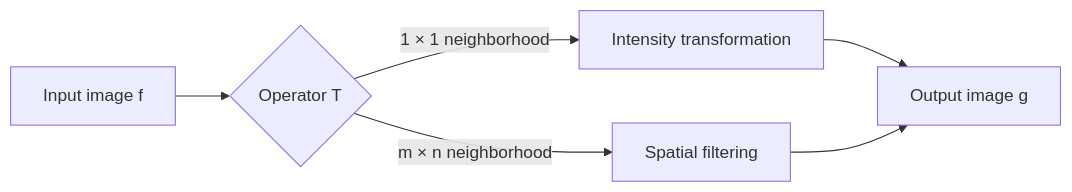
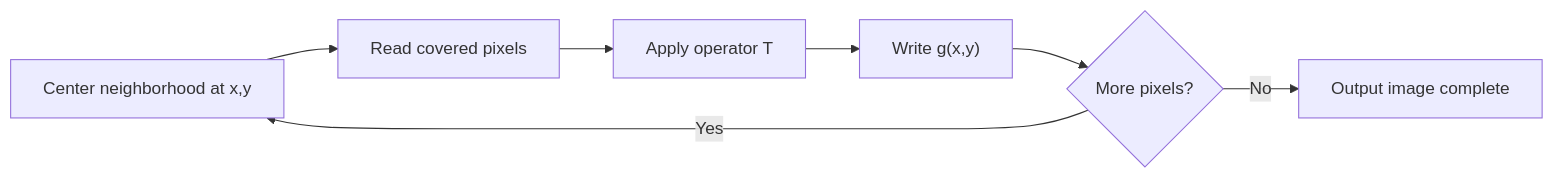
Before and after one commit to NeoTech-vietnam/NeoLearning: the diagram in 05_Advanced-Topics/03_Digital_Image_Processing/01_learning/03_intensity_transformations_and_spatial_filtering/01_background.md, drawn with Mermaid. The commit also changed other lines of this file and 11 other files, not shown here.

````diff
--- a/05_Advanced-Topics/03_Digital_Image_Processing/01_learning/03_intensity_transformations_and_spatial_filtering/01_background.md
+++ b/05_Advanced-Topics/03_Digital_Image_Processing/01_learning/03_intensity_transformations_and_spatial_filtering/01_background.md
@@ -34,8 +51,9 @@
 ```mermaid
 flowchart LR
-    F[Input image f] --> T{Operator T}
-    T -->|1 × 1 neighborhood| P[Intensity transformation]
-    T -->|m × n neighborhood| S[Spatial filtering]
-    P --> G[Output image g]
-    S --> G
+    A[Center neighborhood at x,y] --> B[Read covered pixels]
+    B --> C[Apply operator T]
+    C --> D["Write g(x,y)"]
+    D --> E{More pixels?}
+    E -->|Yes| A
+    E -->|No| F[Output image complete]
 ```
````
